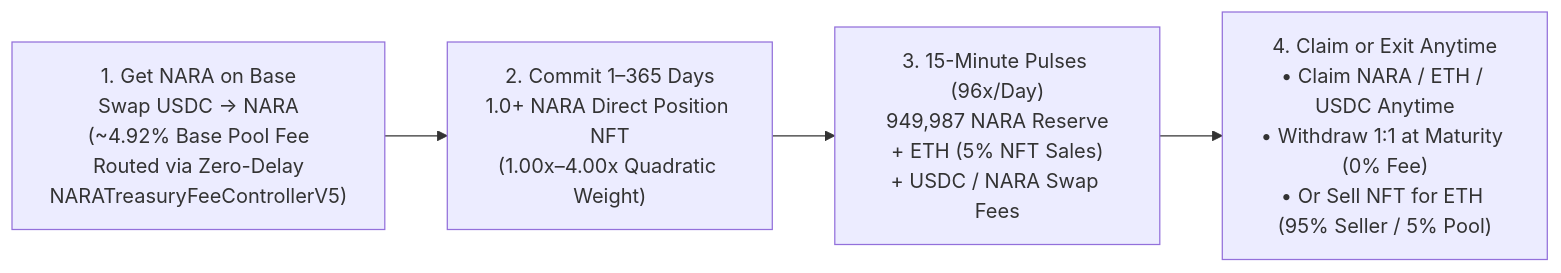
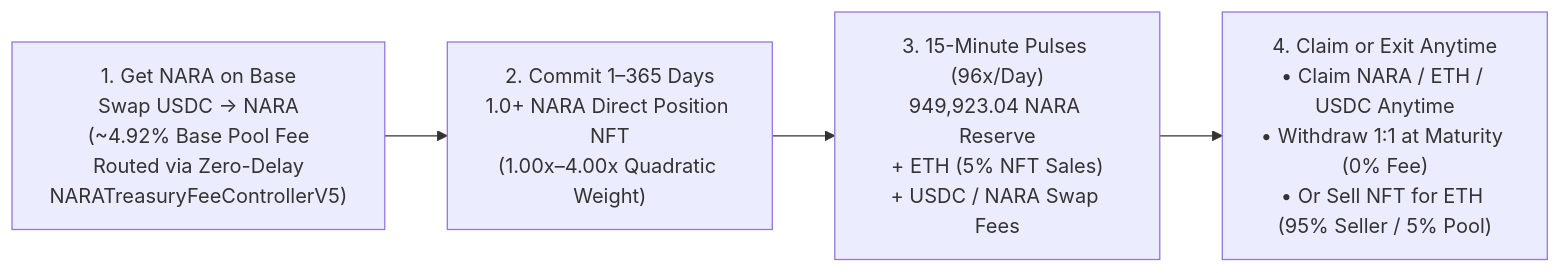
Before and after one commit to NARAProtocol/nara_protocol: the diagram in README.md, drawn with Mermaid. The commit also changed other lines of this file and 21 other files, not shown here.

````diff
--- a/README.md
+++ b/README.md
@@ -68,6 +68,6 @@
 ```mermaid
 flowchart LR
     A["1. Get NARA on Base<br/>Swap USDC → NARA<br/>(~4.92% Base Pool Fee<br/>Routed via Zero-Delay<br/>NARATreasuryFeeControllerV5)"] --> B["2. Commit 1–365 Days<br/>1.0+ NARA Direct Position NFT<br/>(1.00x–4.00x Quadratic Weight)"]
-    B --> C["3. 15-Minute Pulses (96x/Day)<br/>949,987 NARA Reserve<br/>+ ETH (5% NFT Sales)<br/>+ USDC / NARA Swap Fees"]
+    B --> C["3. 15-Minute Pulses (96x/Day)<br/>949,923.04 NARA Reserve<br/>+ ETH (5% NFT Sales)<br/>+ USDC / NARA Swap Fees"]
     C --> D["4. Claim or Exit Anytime<br/>• Claim NARA / ETH / USDC Anytime<br/>• Withdraw 1:1 at Maturity (0% Fee)<br/>• Or Sell NFT for ETH (95% Seller / 5% Pool)"]
 ```
````
